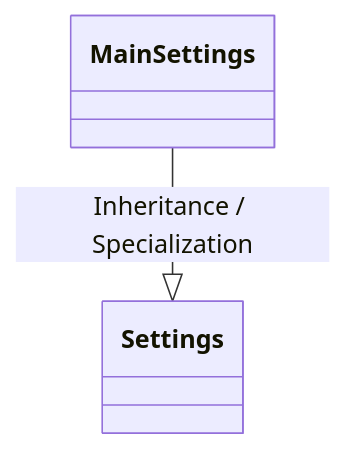
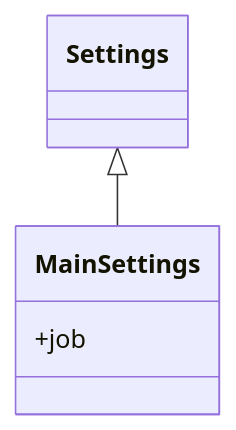
Before and after one commit to lgcorzo/mlops-python-package: the first of 4 diagrams in openwiki/src/regression_model_template/settings.md, drawn with Mermaid. The commit also changed other lines of this file and 91 other files, not shown here.

````diff
--- a/openwiki/src/regression_model_template/settings.md
+++ b/openwiki/src/regression_model_template/settings.md
@@ -20,9 +21,9 @@
 ```mermaid
 classDiagram
-    direction BT
     class Settings {
     }
     class MainSettings {
+        +job
     }
-    Settings <|-- MainSettings : Inheritance / Specialization
+    Settings <|-- MainSettings
 ```
````
